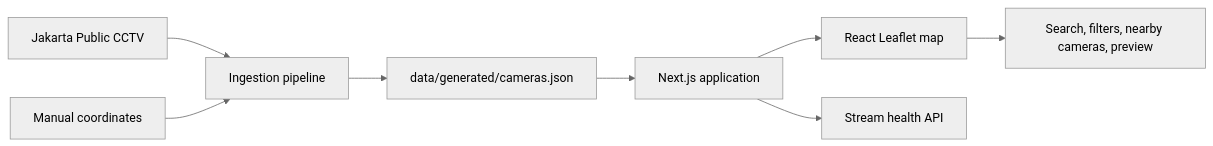
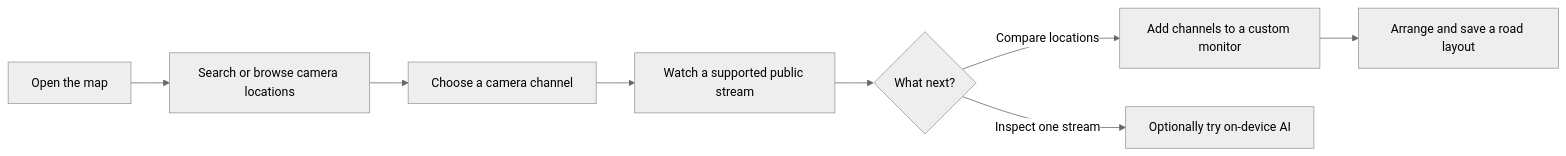
The first of 3 diagrams in README.md (said-rasidin/jakarta-cctv-map), drawn with Mermaid (neutral theme) before and after one commit. The commit also changed other lines of this file and 4 other files, not shown here.

````diff
--- a/README.md
+++ b/README.md
@@ -41,10 +38,10 @@
 ```mermaid
 flowchart LR
-    A[Jakarta Public CCTV] --> D[Ingestion pipeline]
-    C[Manual coordinates] --> D
-    D --> E[data/generated/cameras.json]
-    E --> F[Next.js application]
-    F --> G[React Leaflet map]
-    F --> H[Stream health API]
-    G --> I[Search, filters, nearby cameras, preview]
+    A[Open the map] --> B[Search or browse camera locations]
+    B --> C[Choose a camera channel]
+    C --> D[Watch a supported public stream]
+    D --> E{What next?}
+    E -->|Compare locations| F[Add channels to a custom monitor]
+    E -->|Inspect one stream| G[Optionally try on-device AI]
+    F --> H[Arrange and save a road layout]
 ```
````
